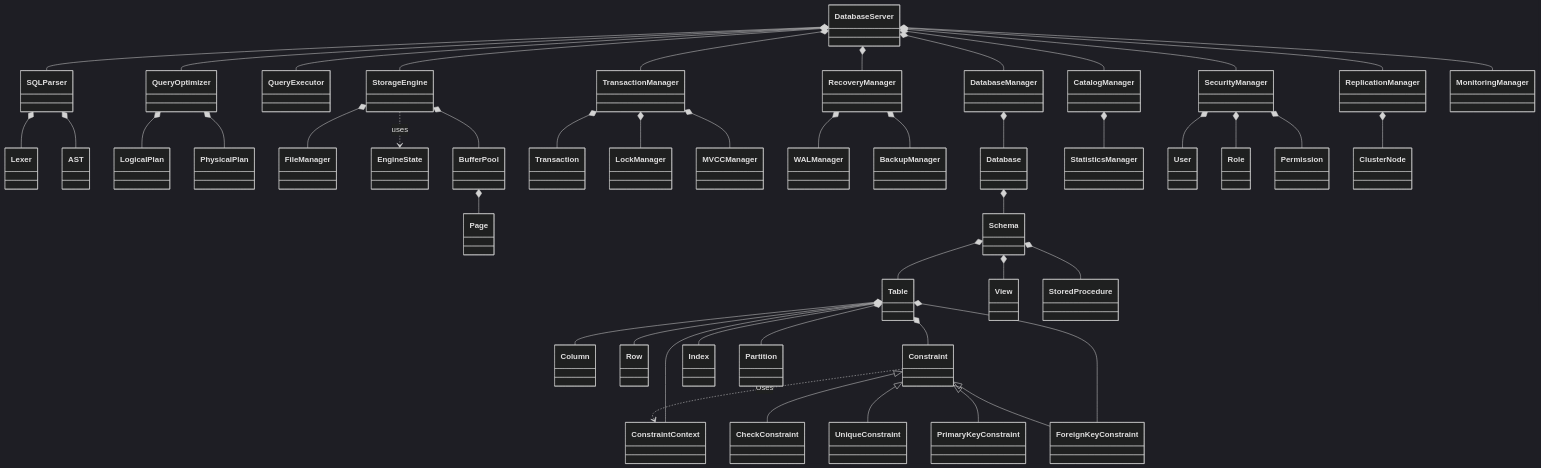
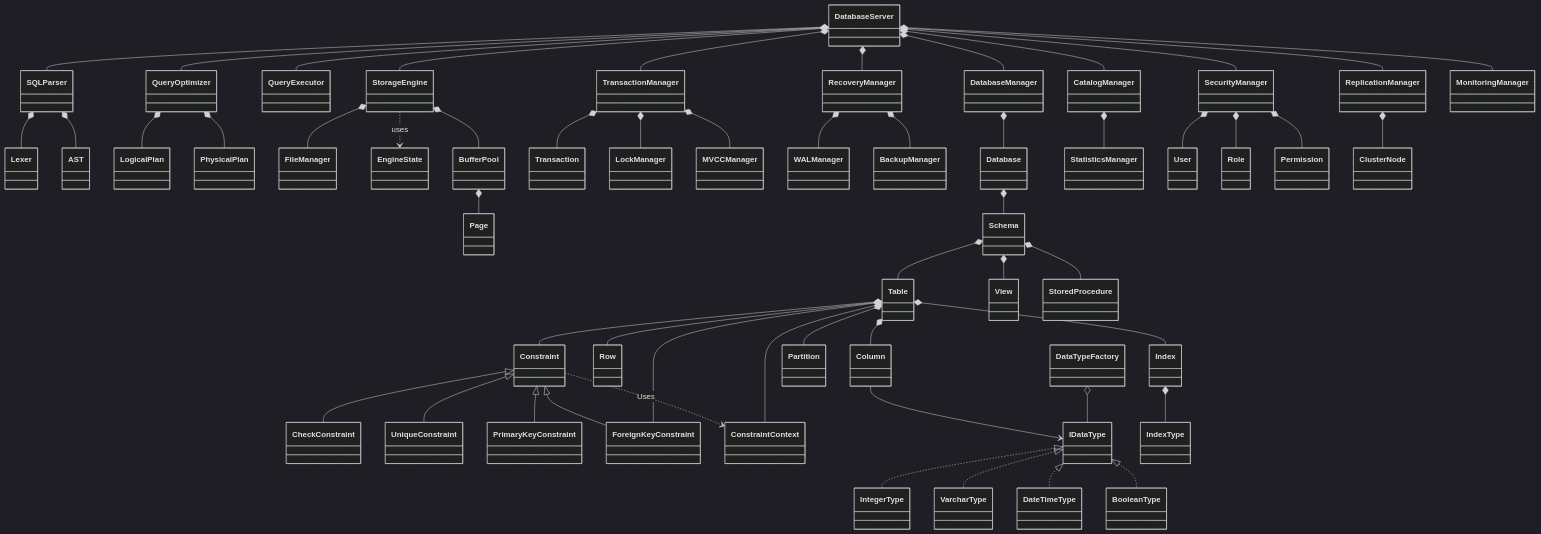
Before and after one commit to manaxpow/DBMS: the second of 52 diagrams in README.md, drawn with Mermaid (dark theme). The commit also changed other lines of this file, not shown here.

Commit message:
Update class diagram in main README

````diff
--- a/README.md
+++ b/README.md
@@ -81,65 +81,74 @@
 ```mermaid
 classDiagram
     direction TB
     class DatabaseServer
 
     %% Left side
     DatabaseServer *-- SQLParser
     SQLParser *-- Lexer
     SQLParser *-- AST
 
     DatabaseServer *-- QueryOptimizer
     QueryOptimizer *-- LogicalPlan
     QueryOptimizer *-- PhysicalPlan
 
     DatabaseServer *-- QueryExecutor
 
     DatabaseServer *-- StorageEngine
     StorageEngine *-- FileManager
     StorageEngine ..> EngineState : uses
     StorageEngine *-- BufferPool
     BufferPool *-- Page
 
     DatabaseServer *-- TransactionManager
     TransactionManager *-- Transaction
     TransactionManager *-- LockManager
     TransactionManager *-- MVCCManager
 
     DatabaseServer *-- RecoveryManager
     RecoveryManager *-- WALManager
     RecoveryManager *-- BackupManager
 
     %% Right side
     DatabaseServer *-- DatabaseManager
     DatabaseManager *-- Database
     Database *-- Schema
     Schema *-- Table
     Table *-- Column
     Table *-- Row
         Constraint <|-- CheckConstraint
     Constraint <|-- UniqueConstraint
     Constraint <|-- PrimaryKeyConstraint
     Constraint <|-- ForeignKeyConstraint
     Constraint ..> ConstraintContext : Uses
 
     Table *-- ConstraintContext
     Table *-- Constraint
     Table *-- ForeignKeyConstraint
     Table *-- Index
     Table *-- Partition
+
+    Column --> IDataType
+    DataTypeFactory o-- IDataType
+    IDataType <|.. IntegerType
+    IDataType <|.. VarcharType
+    IDataType <|.. DateTimeType
+    IDataType <|.. BooleanType
+
+    Index *-- IndexType
     Schema *-- View
     Schema *-- StoredProcedure
 
     DatabaseServer *-- CatalogManager
     CatalogManager *-- StatisticsManager
 
     DatabaseServer *-- SecurityManager
     SecurityManager *-- User
     SecurityManager *-- Role
     SecurityManager *-- Permission
 
     DatabaseServer *-- ReplicationManager
     ReplicationManager *-- ClusterNode
 
     DatabaseServer *-- MonitoringManager
 ```
````
